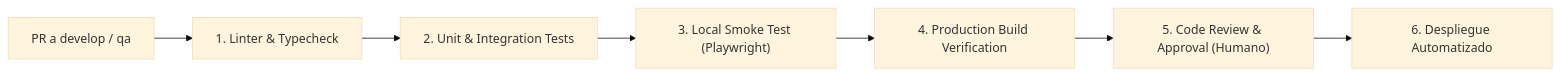
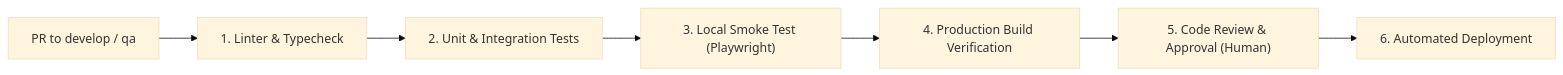
The second of 2 diagrams in core/templates/system-overview-template.md (JeremyJS20/sdd-standard-light), drawn with Mermaid (base theme) before and after one commit. The commit also changed other lines of this file and 8 other files, not shown here.

````diff
--- a/core/templates/system-overview-template.md
+++ b/core/templates/system-overview-template.md
@@ -112,9 +112,9 @@
 ```mermaid
 flowchart LR
-    Dev["PR a develop / qa"] --> Lint["1. Linter & Typecheck"]
+    Dev["PR to develop / qa"] --> Lint["1. Linter & Typecheck"]
     Lint --> Tests["2. Unit & Integration Tests"]
     Tests --> Smoke["3. Local Smoke Test (Playwright)"]
     Smoke --> Build["4. Production Build Verification"]
-    Build --> Gate["5. Code Review & Approval (Humano)"]
-    Gate --> Deploy["6. Despliegue Automatizado"]
+    Build --> Gate["5. Code Review & Approval (Human)"]
+    Gate --> Deploy["6. Automated Deployment"]
 ```
````
